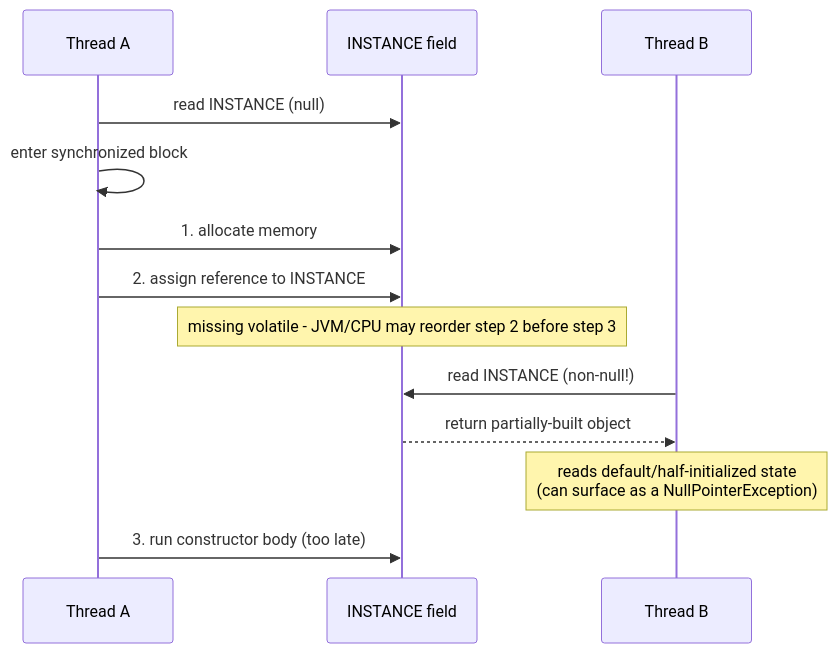
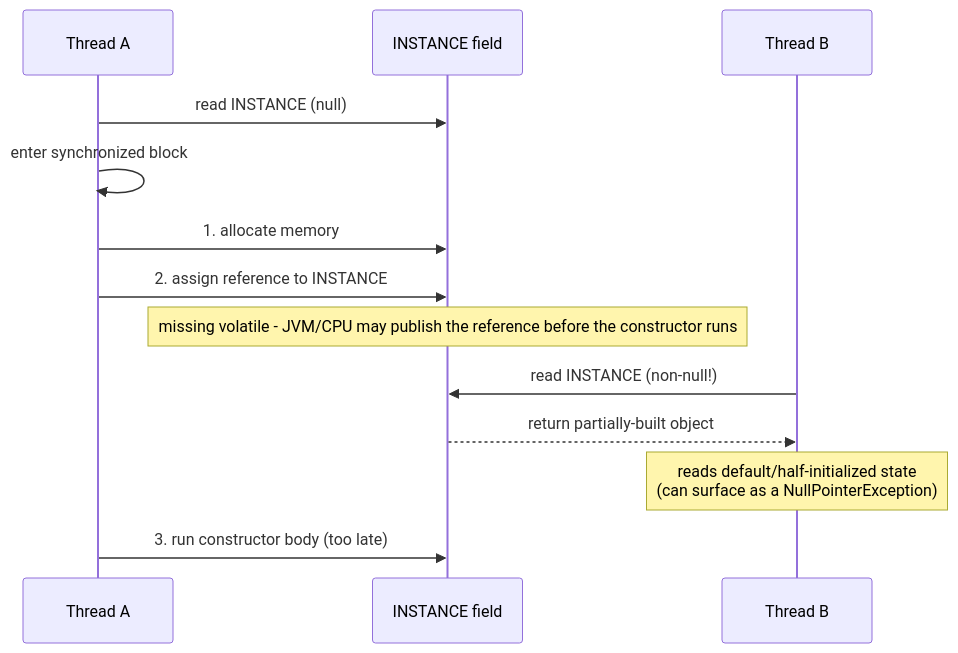
Before and after one commit to rppol/system-design: the third of 4 diagrams in src/main/java/com/rutik/systemdesign/lld/creational/singleton/README.md, drawn with Mermaid. The commit also changed other lines of this file and 5 other files, not shown here.

````diff
--- a/src/main/java/com/rutik/systemdesign/lld/creational/singleton/README.md
+++ b/src/main/java/com/rutik/systemdesign/lld/creational/singleton/README.md
@@ -285,16 +285,16 @@
 ```mermaid
 sequenceDiagram
     participant A as Thread A
     participant F as INSTANCE field
     participant B as Thread B
 
     A->>F: read INSTANCE (null)
     A->>A: enter synchronized block
     A->>F: 1. allocate memory
     A->>F: 2. assign reference to INSTANCE
-    Note over F: missing volatile - JVM/CPU may reorder step 2 before step 3
+    Note over F: missing volatile - JVM/CPU may publish the reference before the constructor runs
     B->>F: read INSTANCE (non-null!)
     F-->>B: return partially-built object
     Note over B: reads default/half-initialized state<br/>(can surface as a NullPointerException)
     A->>F: 3. run constructor body (too late)
 ```
````
